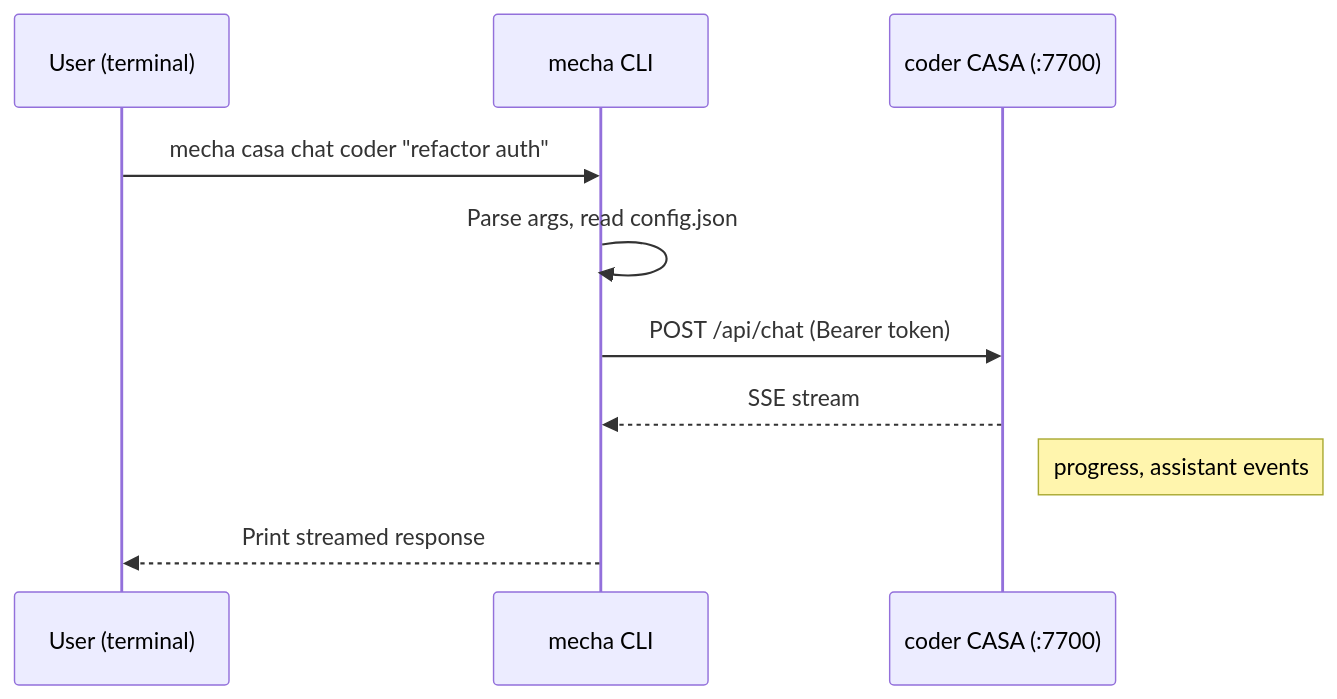
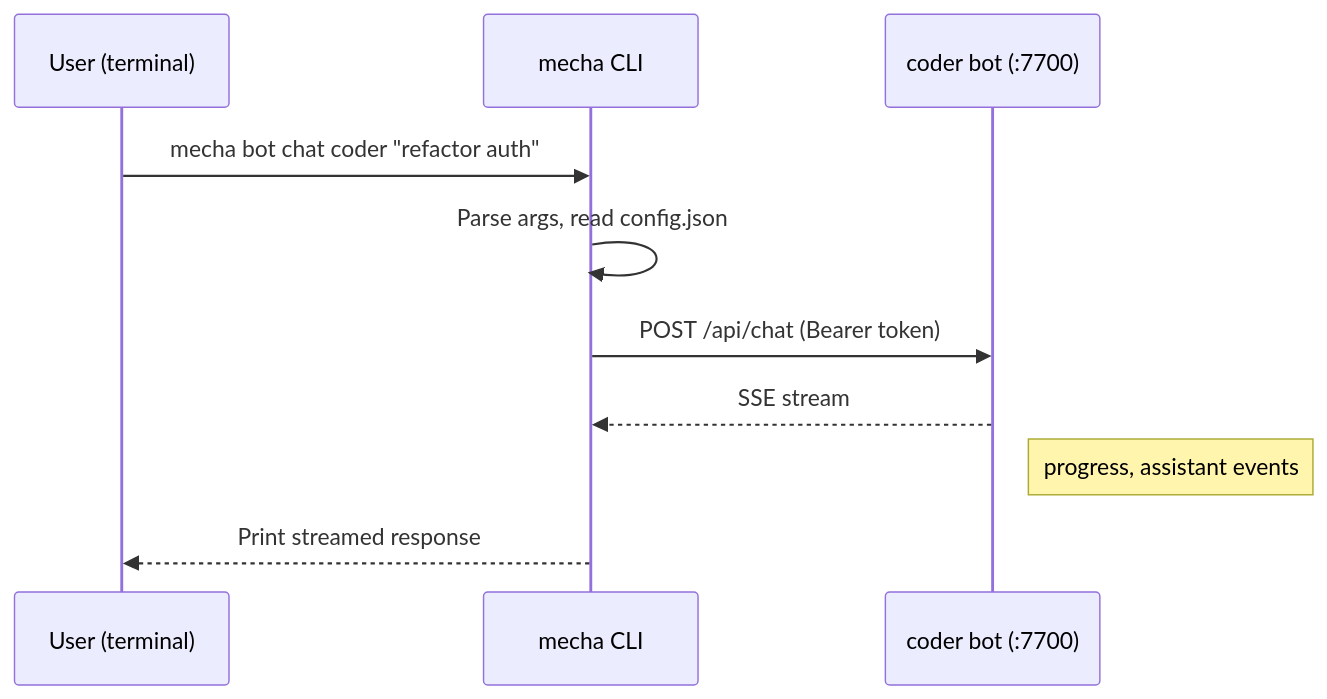
One commit to johnloveworld2022-ops/mecha.im changed the third of 5 diagrams in website/docs/reference/architecture.md. Above: the diagram before and after it, drawn with Mermaid. The commit also changed other lines of this file and 318 other files, not shown here.

First line of the commit message:
refactor: rename CASA to Bot across entire codebase

````diff
--- a/website/docs/reference/architecture.md
+++ b/website/docs/reference/architecture.md
@@ -82,13 +82,13 @@
 ```mermaid
 sequenceDiagram
   participant User as User (terminal)
   participant CLI as mecha CLI
-  participant CASA as coder CASA (:7700)
+  participant bot as coder bot (:7700)
 
-  User->>CLI: mecha casa chat coder "refactor auth"
+  User->>CLI: mecha bot chat coder "refactor auth"
   CLI->>CLI: Parse args, read config.json
-  CLI->>CASA: POST /api/chat (Bearer token)
-  CASA-->>CLI: SSE stream
-  Note right of CASA: progress, assistant events
+  CLI->>bot: POST /api/chat (Bearer token)
+  bot-->>CLI: SSE stream
+  Note right of bot: progress, assistant events
   CLI-->>User: Print streamed response
 ```
````
